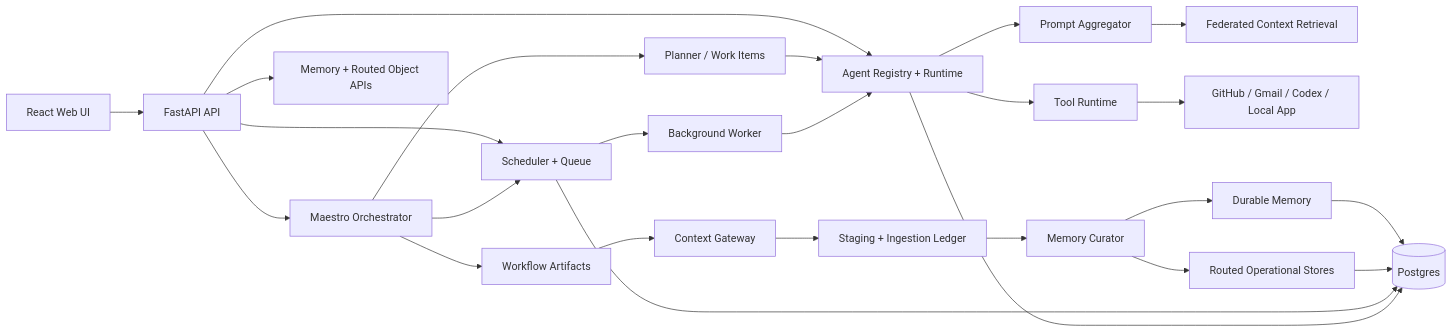
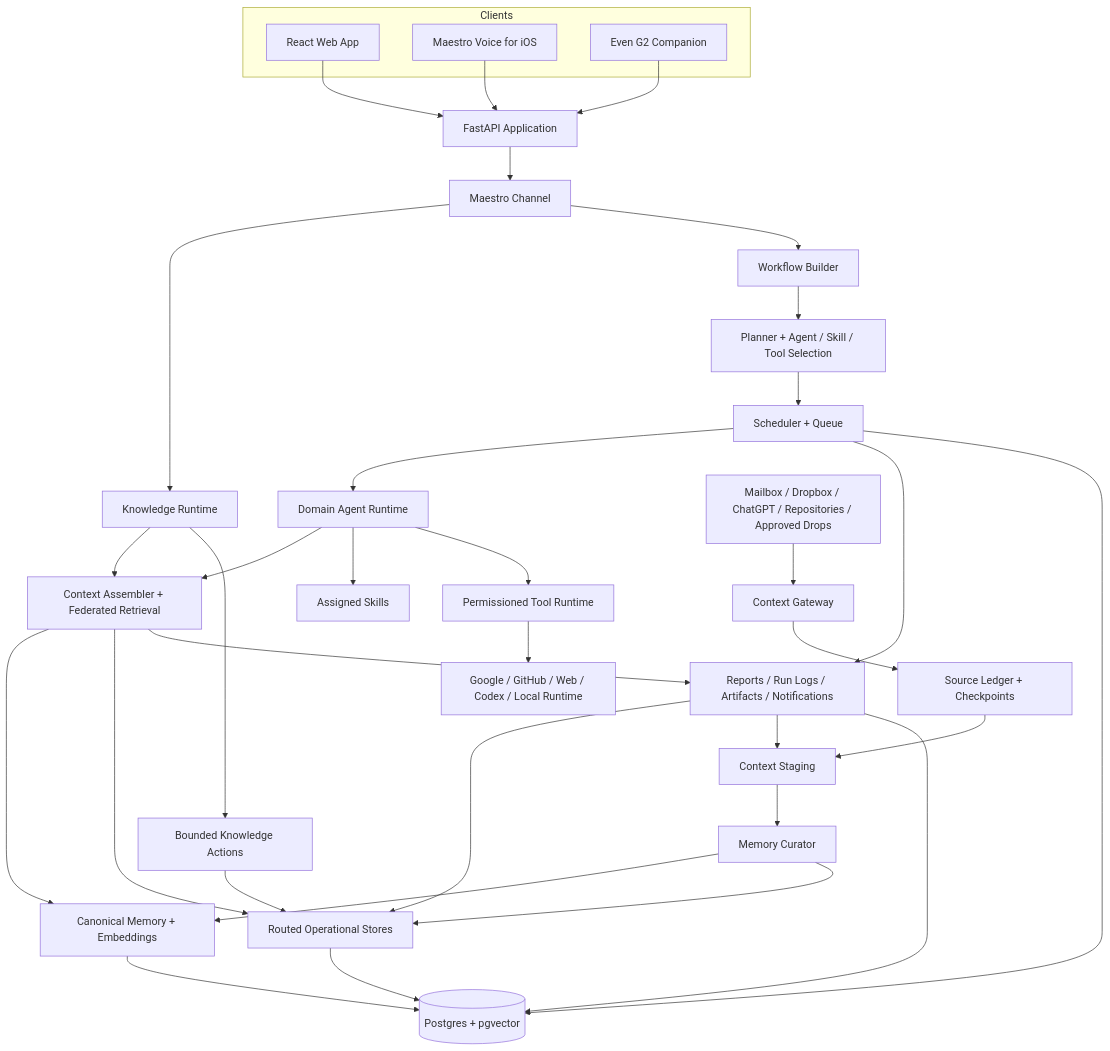
One commit to Caliperti1/Maestro changed the diagram in README.md. Above: the diagram before and after it, drawn with Mermaid. The commit also changed other lines of this file and 1 other file, not shown here.

Commit message:
docs: refresh architecture and voice client overview

````diff
--- a/README.md
+++ b/README.md
@@ -50,31 +45,47 @@
 ```mermaid
-flowchart LR
-    UI["React Web UI"] --> API["FastAPI API"]
-    API --> Maestro["Maestro Orchestrator"]
-    API --> Memory["Memory + Routed Object APIs"]
-    API --> Agents["Agent Registry + Runtime"]
-    API --> Scheduler["Scheduler + Queue"]
+flowchart TB
+    subgraph Clients
+        Web["React Web App"]
+        Voice["Maestro Voice for iOS"]
+        Glasses["Even G2 Companion"]
+    end
 
-    Maestro --> Planner["Planner / Work Items"]
-    Planner --> Agents
-    Maestro --> Scheduler
-    Scheduler --> Worker["Background Worker"]
-    Worker --> Agents
+    Web --> API["FastAPI Application"]
+    Voice --> API
+    Glasses --> API
 
-    Agents --> Prompt["Prompt Aggregator"]
-    Prompt --> Retrieval["Federated Context Retrieval"]
-    Agents --> Tools["Tool Runtime"]
-    Tools --> External["GitHub / Gmail / Codex / Local App"]
+    API --> Channel["Maestro Channel"]
+    Channel --> Knowledge["Knowledge Runtime"]
+    Channel --> Builder["Workflow Builder"]
 
-    Maestro --> Artifacts["Workflow Artifacts"]
-    Artifacts --> Gateway["Context Gateway"]
-    Gateway --> Dropbox["Staging + Ingestion Ledger"]
-    Dropbox --> Curator["Memory Curator"]
-    Curator --> DurableMemory["Durable Memory"]
-    Curator --> Routed["Routed Operational Stores"]
+    Knowledge --> Context["Context Assembler + Federated Retrieval"]
+    Knowledge --> Actions["Bounded Knowledge Actions"]
+    Builder --> Planner["Planner + Agent / Skill / Tool Selection"]
+    Planner --> Scheduler["Scheduler + Queue"]
+    Scheduler --> Agents["Domain Agent Runtime"]
+    Agents --> Context
+    Agents --> Skills["Assigned Skills"]
+    Agents --> Tools["Permissioned Tool Runtime"]
+    Tools --> External["Google / GitHub / Web / Codex / Local Runtime"]
 
-    DurableMemory --> DB[("Postgres")]
+    Scheduler --> Outputs["Reports / Run Logs / Artifacts / Notifications"]
+    Actions --> Routed["Routed Operational Stores"]
+    Outputs --> Routed
+    Outputs --> Staging["Context Staging"]
+
+    Sources["Mailbox / Dropbox / ChatGPT / Repositories / Approved Drops"] --> Gateway["Context Gateway"]
+    Gateway --> Ledger["Source Ledger + Checkpoints"]
+    Ledger --> Staging
+    Staging --> Curator["Memory Curator"]
+    Curator --> Memory["Canonical Memory + Embeddings"]
+    Curator --> Routed
+
+    Context --> Memory
+    Context --> Routed
+    Context --> Outputs
+
+    Memory --> DB[("Postgres + pgvector")]
     Routed --> DB
+    Outputs --> DB
     Scheduler --> DB
-    Agents --> DB
 ```
````
